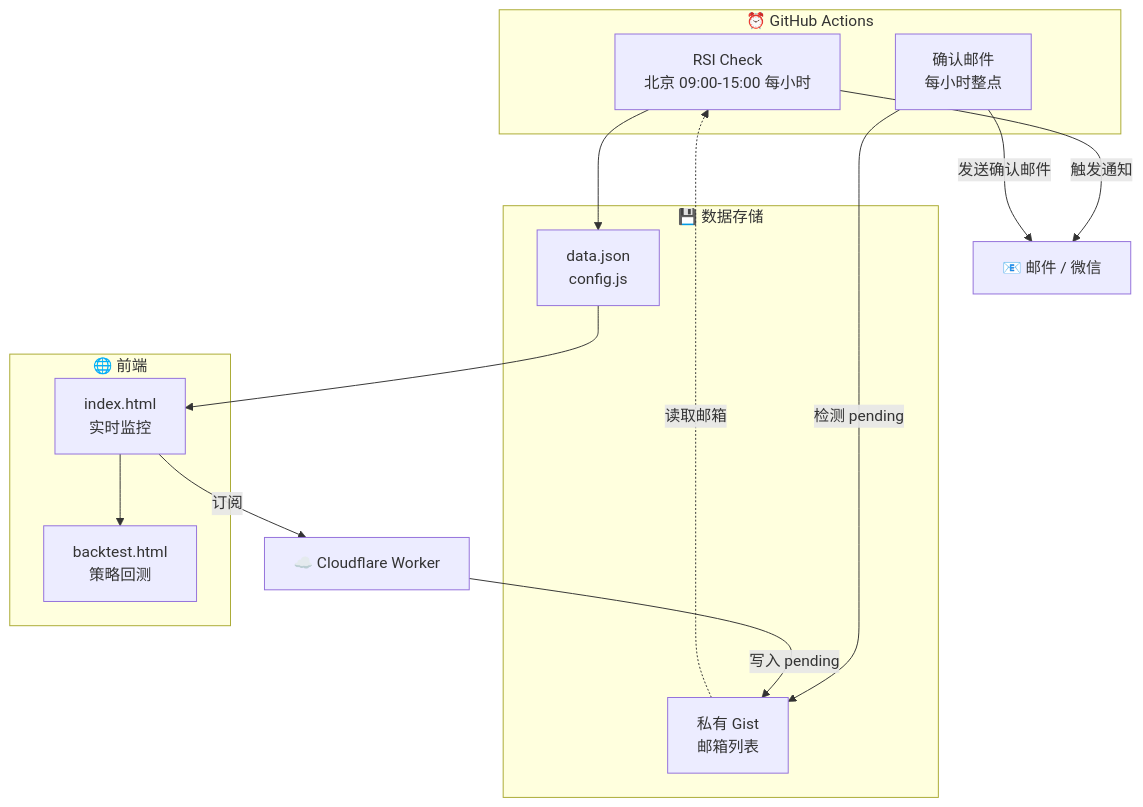
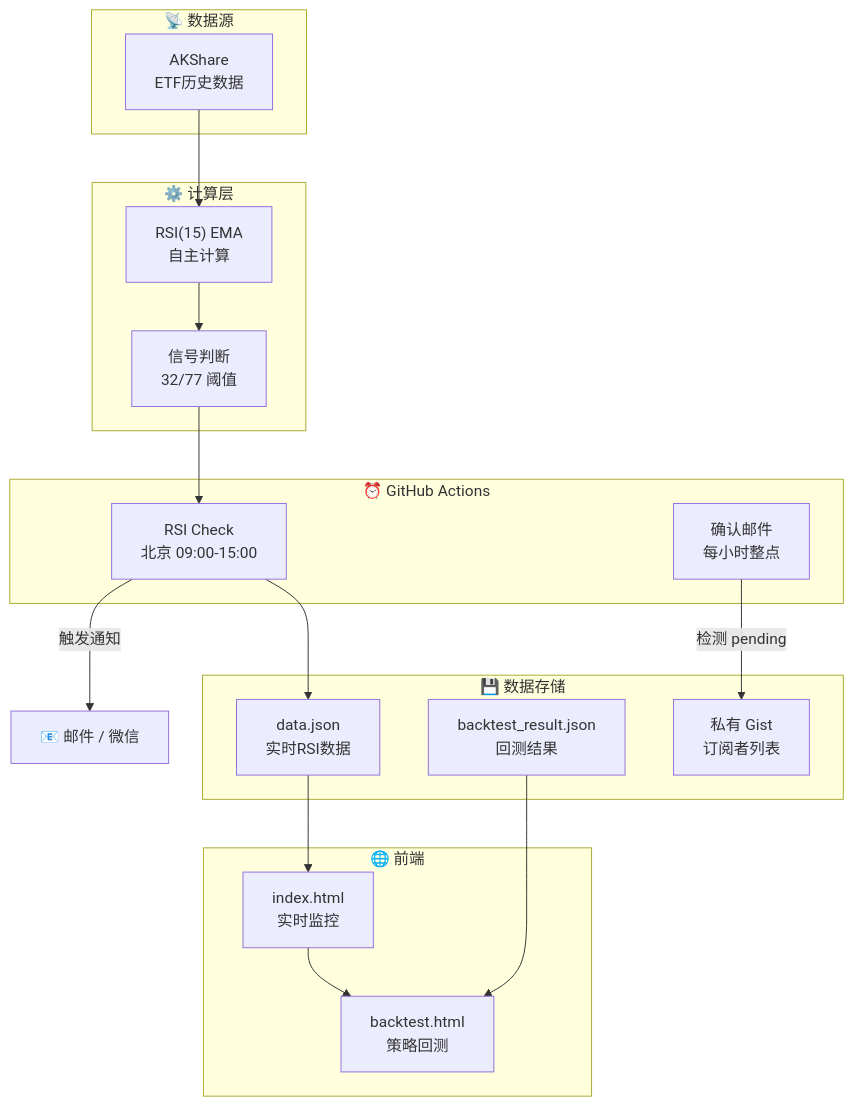
One commit to hkj991123/JTrading changed the diagram in README.md. Above: the diagram before and after it, drawn with Mermaid. The commit also changed other lines of this file and 20 other files, not shown here.

First line of the commit message:
feat: 升级RSI策略至最优参数 RSI(15) EMA 32/77

````diff
--- a/README.md
+++ b/README.md
@@ -80,29 +117,37 @@
 ```mermaid
 flowchart TD
+    subgraph DataSource["📡 数据源"]
+        AK["AKShare<br/>ETF历史数据"]
+    end
+
+    subgraph Compute["⚙️ 计算层"]
+        RSI["RSI(15) EMA<br/>自主计算"]
+        Signal["信号判断<br/>32/77 阈值"]
+    end
+
     subgraph Actions["⏰ GitHub Actions"]
-        A1["RSI Check<br/>北京 09:00-15:00 每小时"]
+        A1["RSI Check<br/>北京 09:00-15:00"]
         A2["确认邮件<br/>每小时整点"]
     end
 
     subgraph Storage["💾 数据存储"]
-        S1["data.json<br/>config.js"]
-        S2["私有 Gist<br/>邮箱列表"]
+        S1["data.json<br/>实时RSI数据"]
+        S2["backtest_result.json<br/>回测结果"]
+        S3["私有 Gist<br/>订阅者列表"]
     end
 
     subgraph Frontend["🌐 前端"]
         F1["index.html<br/>实时监控"]
         F2["backtest.html<br/>策略回测"]
     end
 
-    W["☁️ Cloudflare Worker"]
-
+    AK --> RSI
+    RSI --> Signal
+    Signal --> A1
     A1 --> S1
     A1 -->|触发通知| E["📧 邮件 / 微信"]
-    A2 -->|检测 pending| S2
-    A2 -->|发送确认邮件| E
+    A2 -->|检测 pending| S3
     S1 --> F1
+    S2 --> F2
     F1 --> F2
-    F1 -->|订阅| W
-    W -->|"写入 pending"| S2
-    S2 -.->|读取邮箱| A1
 ```
````
